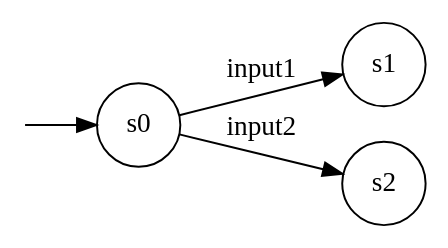
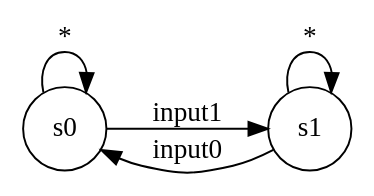
Before and after one commit to LeoCanta42/BachelorThesisJob: the diagram in state_model_and_corpus/sample.dot, drawn with Graphviz. The commit also changed 5 other files, not shown here.

```diff
--- a/state_model_and_corpus/sample.dot
+++ b/state_model_and_corpus/sample.dot
@@ -1,18 +1,16 @@
 digraph g {
 	rankdir=LR;
 
 
 	s0 [shape="circle" label="s0"];
 	s1 [shape="circle" label="s1"];	
-	s2 [shape="circle" label="s2"];
 	
+	s0 -> s0 [label="*"];
 	s0 -> s1 [label="input1"];
-	s0 -> s2 [label="input2"];
 	
+	s1 -> s0 [label="input0"];
+	s1 -> s1 [label="*"];
 	
-__start0 [label="" shape="none" width="0" height="0"];
-__start0 -> s0;
-
 }
 
 //dot -Tsvg sample.dot > sample.png
```
